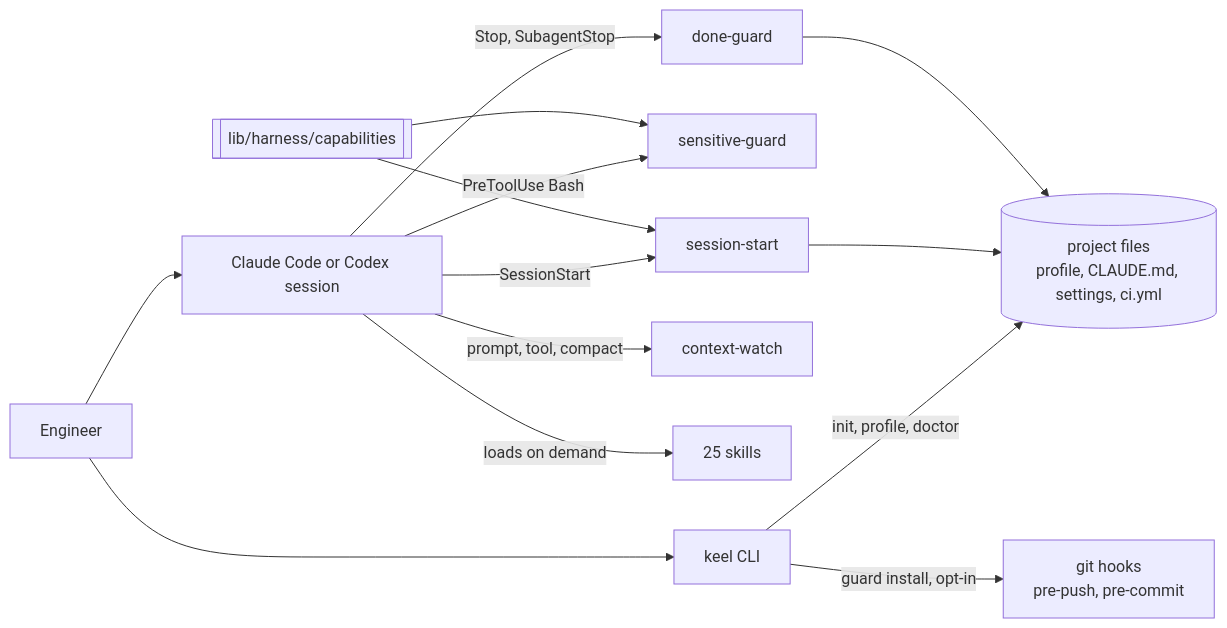
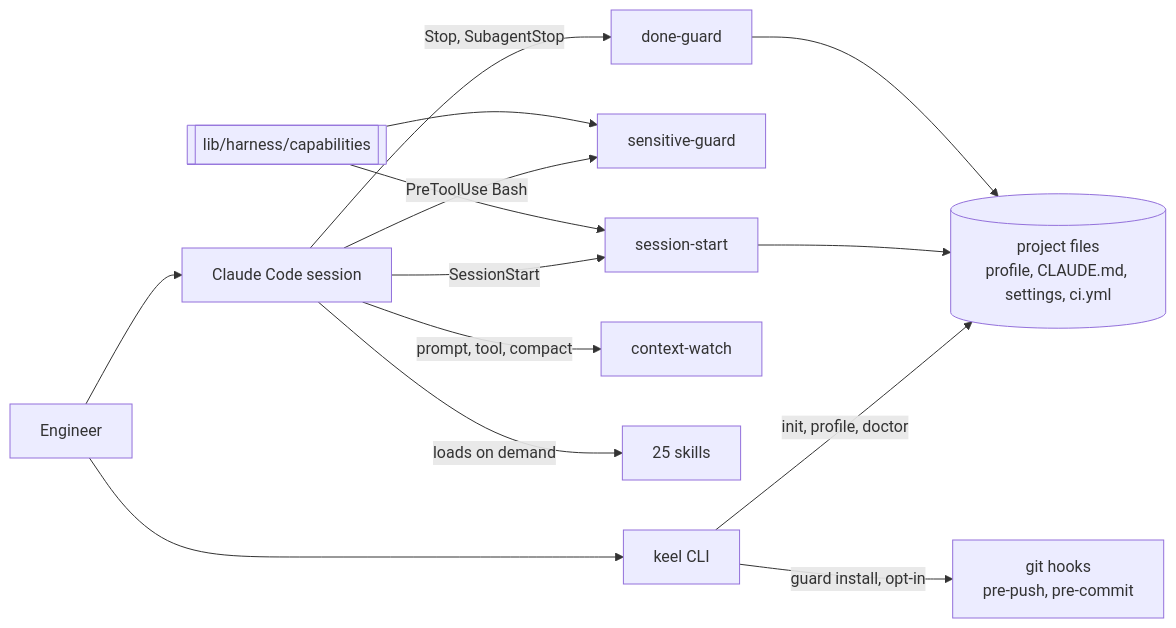
Before and after one commit to gbi-solutions-ltd/keel: the diagram in docs/snapshot.md, drawn with Mermaid. The commit also changed other lines of this file and 64 other files, not shown here.

First line of the commit message:
docs: state Claude Code only, and name v0.26.0 as the last Codex release

````diff
--- a/docs/snapshot.md
+++ b/docs/snapshot.md
@@ -41,16 +43,16 @@
 ```mermaid
 flowchart LR
-    dev[Engineer] --> cc[Claude Code or Codex session]
+    dev[Engineer] --> cc[Claude Code session]
     cc -->|SessionStart| ss[session-start]
     cc -->|PreToolUse Bash| sg[sensitive-guard]
     cc -->|Stop, SubagentStop| dg[done-guard]
     cc -->|prompt, tool, compact| cw[context-watch]
     cc -->|loads on demand| sk[25 skills]
     dev --> cli[keel CLI]
     cli -->|init, profile, doctor| proj[(project files<br/>profile, CLAUDE.md, settings, ci.yml)]
     cli -->|guard install, opt-in| git[git hooks<br/>pre-push, pre-commit]
     ss --> proj
     dg --> proj
     caps[[lib/harness/capabilities]] --> ss
     caps --> sg
 ```
````
